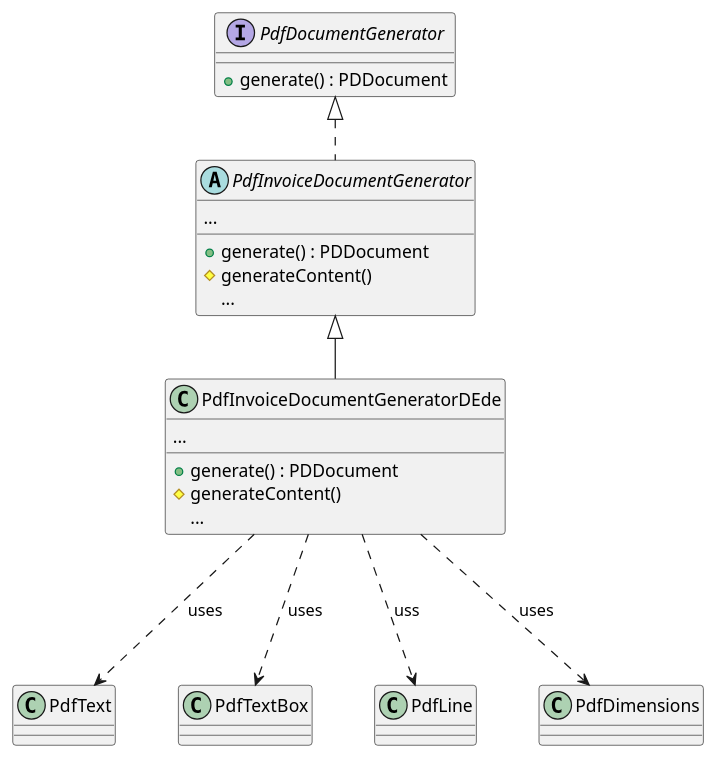
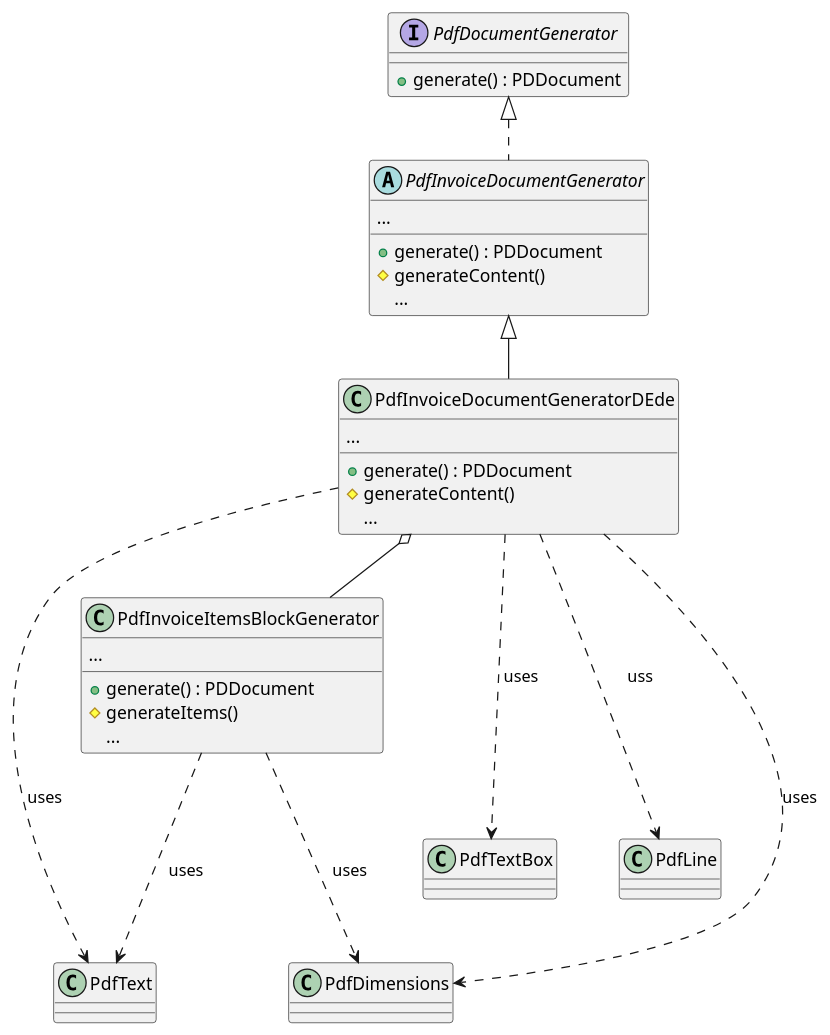
Before and after one commit to joheiss/java-pdfdoc-playground: the diagram in src/main/java/com/jovisco/invoicing/pdf/diagrams/PdfInvoiceDocumentGenerator.puml, drawn with PlantUML. The commit also changed 12 other files, not shown here.

Commit message:
refactored using composite pattern & items block generator

```diff
--- a/src/main/java/com/jovisco/invoicing/pdf/diagrams/PdfInvoiceDocumentGenerator.puml
+++ b/src/main/java/com/jovisco/invoicing/pdf/diagrams/PdfInvoiceDocumentGenerator.puml
@@ -1,29 +1,38 @@
 @startuml
 skinparam nodesep 50
 skinparam ranksep 50
 skinparam class {
   BackgroundColor<<interface>> #ffccff
   BackgroundColor<<abstract>> #ccccff
 }
 
 interface PdfDocumentGenerator {
     + generate() : PDDocument
 }
 abstract class PdfInvoiceDocumentGenerator implements PdfDocumentGenerator {
     ...
     + generate() : PDDocument
     # generateContent()
     {method} ...
 }
 class PdfInvoiceDocumentGeneratorDEde extends PdfInvoiceDocumentGenerator {
     ...
     + generate() : PDDocument
     # generateContent()
     {method} ...
 }
+class PdfInvoiceItemsBlockGenerator {
+...
+    + generate() : PDDocument
+    # generateItems()
+    {method} ...
+}
 
 PdfInvoiceDocumentGeneratorDEde ...> PdfText : uses
 PdfInvoiceDocumentGeneratorDEde ...> PdfTextBox : uses
 PdfInvoiceDocumentGeneratorDEde ...> PdfLine : uss
 PdfInvoiceDocumentGeneratorDEde ...> PdfDimensions : uses
+PdfInvoiceDocumentGeneratorDEde o-- PdfInvoiceItemsBlockGenerator
+PdfInvoiceItemsBlockGenerator ...> PdfText : uses
+PdfInvoiceItemsBlockGenerator ...> PdfDimensions : uses
 @enduml
```
